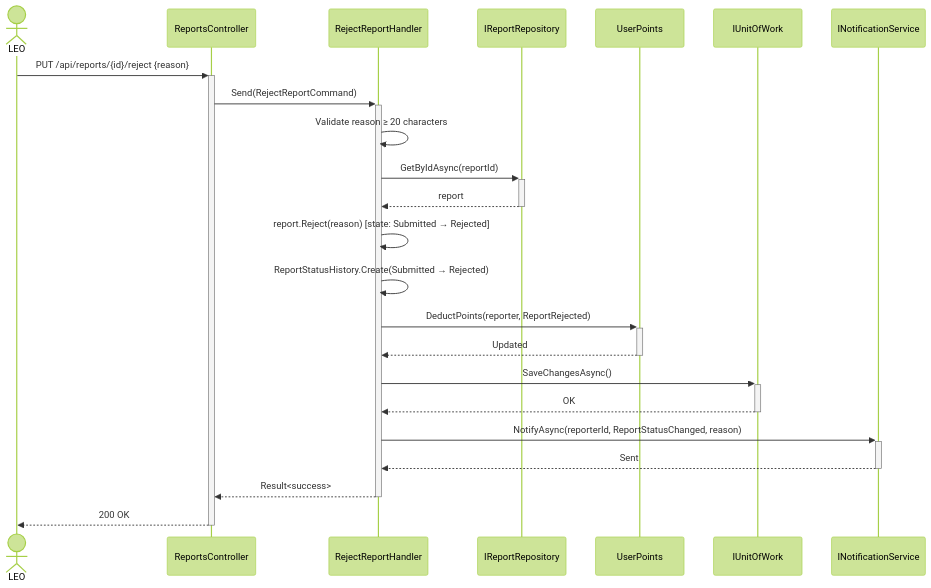
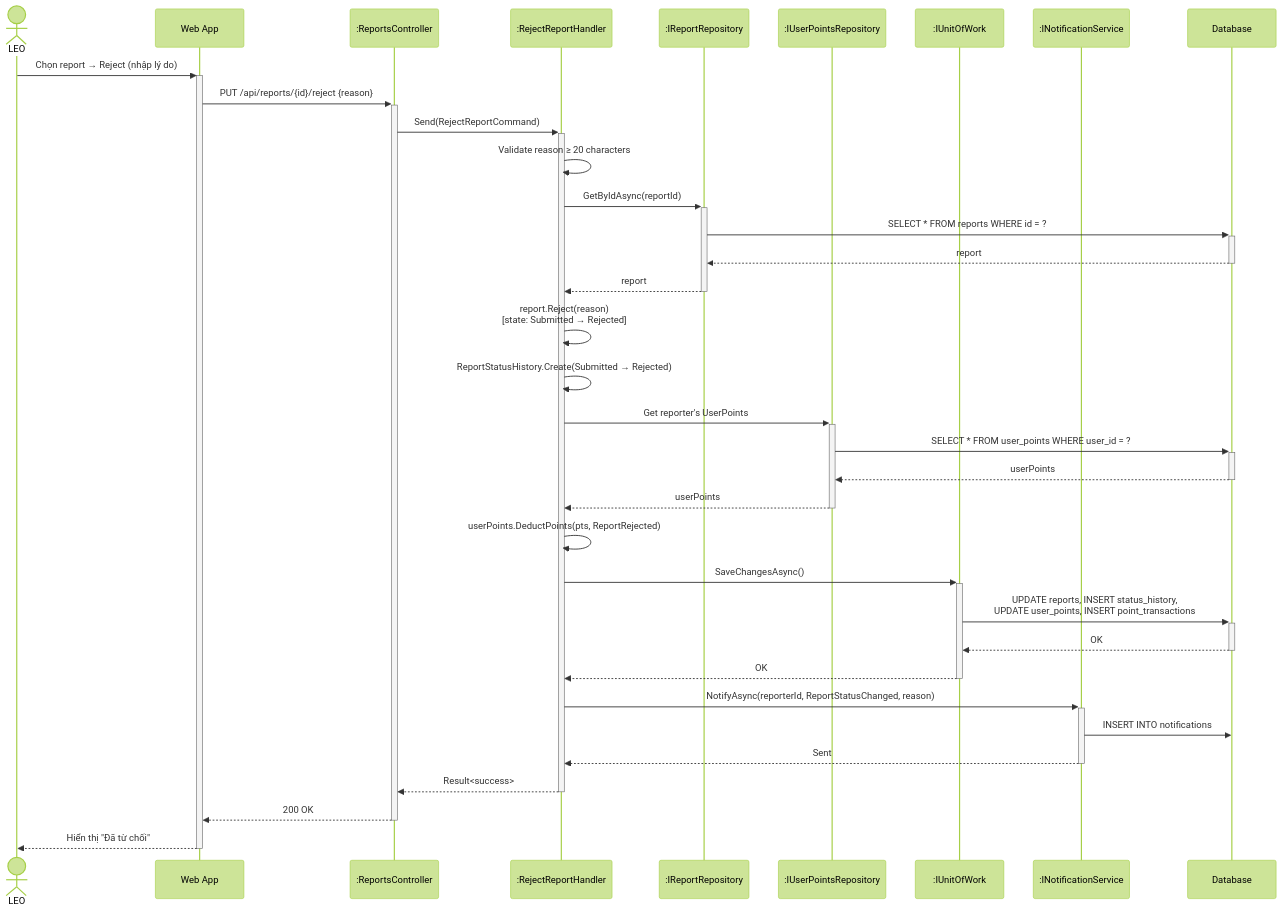
One commit to Capstonne-Project/greenlens-service changed the sixth of 25 diagrams in docs/BusinessRule/SEQUENCE_DIAGRAMS.md. Above: the diagram before and after it, drawn with Mermaid (forest theme). The commit also changed other lines of this file, not shown here.

Commit message:
fix(docs): enhance format sequence diagram

````diff
--- a/docs/BusinessRule/SEQUENCE_DIAGRAMS.md
+++ b/docs/BusinessRule/SEQUENCE_DIAGRAMS.md
@@ -295,33 +362,45 @@
 ```mermaid
 sequenceDiagram
     actor LEO
-    participant API as ReportsController
-    participant Handler as RejectReportHandler
-    participant ReportRepo as IReportRepository
-    participant Points as UserPoints
-    participant DB as IUnitOfWork
-    participant Notif as INotificationService
+    participant App as Web App
+    participant Ctrl as :ReportsController
+    participant Hdl as :RejectReportHandler
+    participant Repo as :IReportRepository
+    participant PtsRepo as :IUserPointsRepository
+    participant UoW as :IUnitOfWork
+    participant Notif as :INotificationService
+    participant DB as Database
 
-    LEO->>+API: PUT /api/reports/{id}/reject {reason}
-    API->>+Handler: Send(RejectReportCommand)
+    LEO->>+App: Chọn report → Reject (nhập lý do)
+    App->>+Ctrl: PUT /api/reports/{id}/reject {reason}
+    Ctrl->>+Hdl: Send(RejectReportCommand)
 
-    Handler->>Handler: Validate reason ≥ 20 characters
+    Hdl->>Hdl: Validate reason ≥ 20 characters
 
-    Handler->>+ReportRepo: GetByIdAsync(reportId)
-    ReportRepo-->>-Handler: report
+    Hdl->>+Repo: GetByIdAsync(reportId)
+    Repo->>+DB: SELECT * FROM reports WHERE id = ?
+    DB-->>-Repo: report
+    Repo-->>-Hdl: report
 
-    Handler->>Handler: report.Reject(reason) [state: Submitted → Rejected]
-    Handler->>Handler: ReportStatusHistory.Create(Submitted → Rejected)
+    Hdl->>Hdl: report.Reject(reason)<br/>[state: Submitted → Rejected]
+    Hdl->>Hdl: ReportStatusHistory.Create(Submitted → Rejected)
 
-    Handler->>+Points: DeductPoints(reporter, ReportRejected)
-    Points-->>-Handler: Updated
+    Hdl->>+PtsRepo: Get reporter's UserPoints
+    PtsRepo->>+DB: SELECT * FROM user_points WHERE user_id = ?
+    DB-->>-PtsRepo: userPoints
+    PtsRepo-->>-Hdl: userPoints
+    Hdl->>Hdl: userPoints.DeductPoints(pts, ReportRejected)
 
-    Handler->>+DB: SaveChangesAsync()
-    DB-->>-Handler: OK
+    Hdl->>+UoW: SaveChangesAsync()
+    UoW->>+DB: UPDATE reports, INSERT status_history,<br/>UPDATE user_points, INSERT point_transactions
+    DB-->>-UoW: OK
+    UoW-->>-Hdl: OK
 
-    Handler->>+Notif: NotifyAsync(reporterId, ReportStatusChanged, reason)
-    Notif-->>-Handler: Sent
+    Hdl->>+Notif: NotifyAsync(reporterId, ReportStatusChanged, reason)
+    Notif->>DB: INSERT INTO notifications
+    Notif-->>-Hdl: Sent
 
-    Handler-->>-API: Result<success>
-    API-->>-LEO: 200 OK
+    Hdl-->>-Ctrl: Result<success>
+    Ctrl-->>-App: 200 OK
+    App-->>-LEO: Hiển thị "Đã từ chối"
 ```
````
